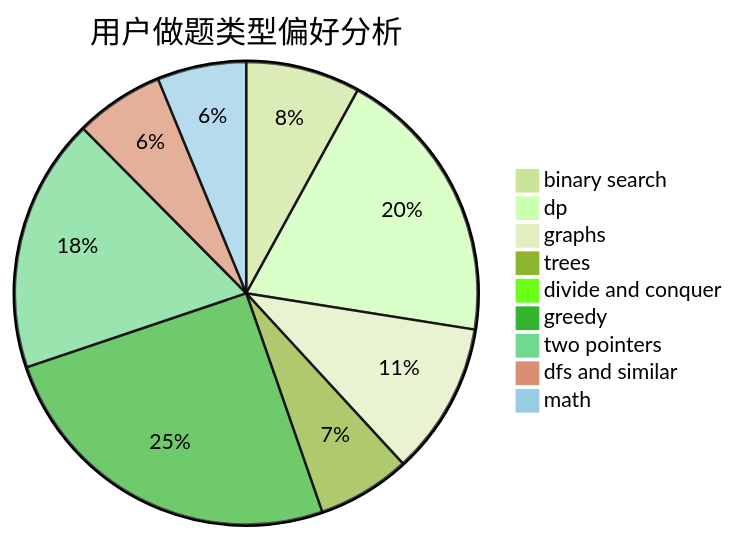
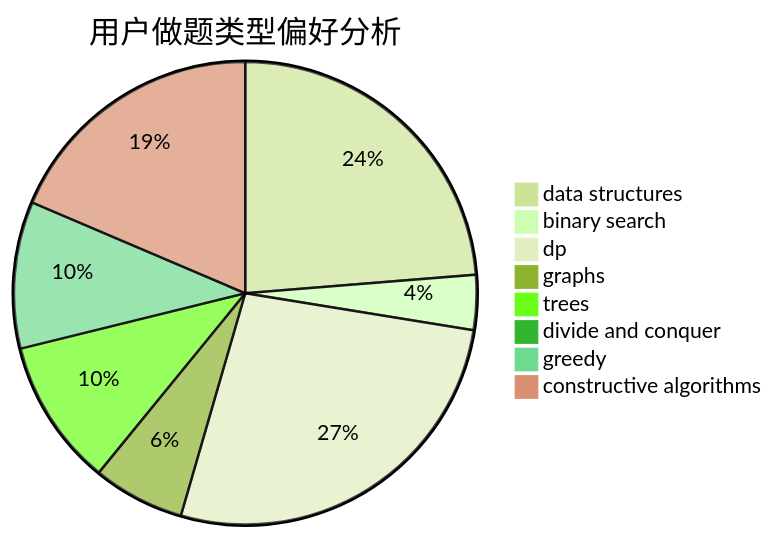
The second of 3 diagrams in docs/user/u2258.md (sherpahu/cfrs.github.io), drawn with Mermaid (forest theme) before and after one commit. The commit also changed other lines of this file and 2775 other files, not shown here.

````diff
--- a/docs/user/u2258.md
+++ b/docs/user/u2258.md
@@ -23,12 +23,11 @@
 ```mermaid
 pie title 用户做题类型偏好分析
-    "binary search" :  27
-    "dp" :  66
-    "graphs" :  36
-    "trees" :  22
+    "data structures" :  37
+    "binary search" :  6
+    "dp" :  42
+    "graphs" :  10
+    "trees" :  16
     "divide and conquer" :  0
-    "greedy" :  85
-    "two pointers" :  60
-    "dfs and similar" :  21
-    "math" :  21
+    "greedy" :  16
+    "constructive algorithms" :  29
 ```
````
